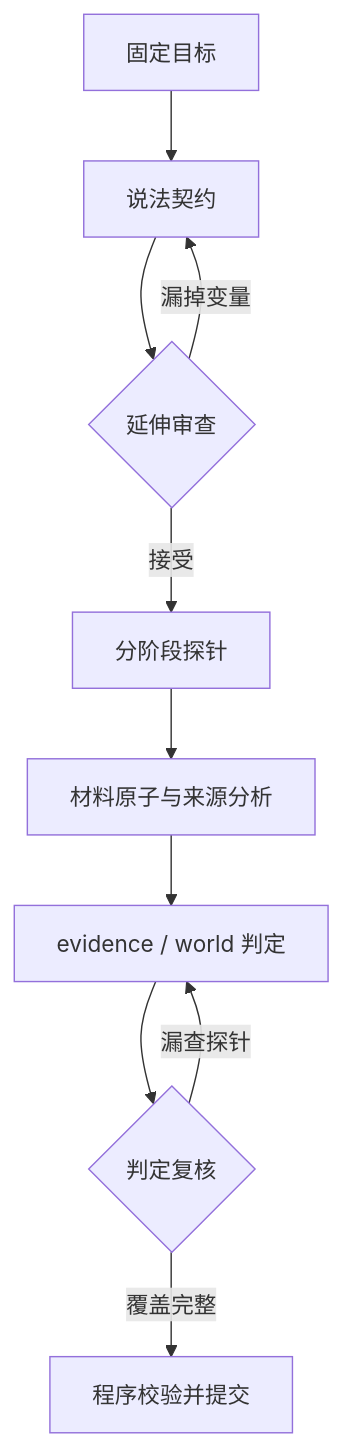
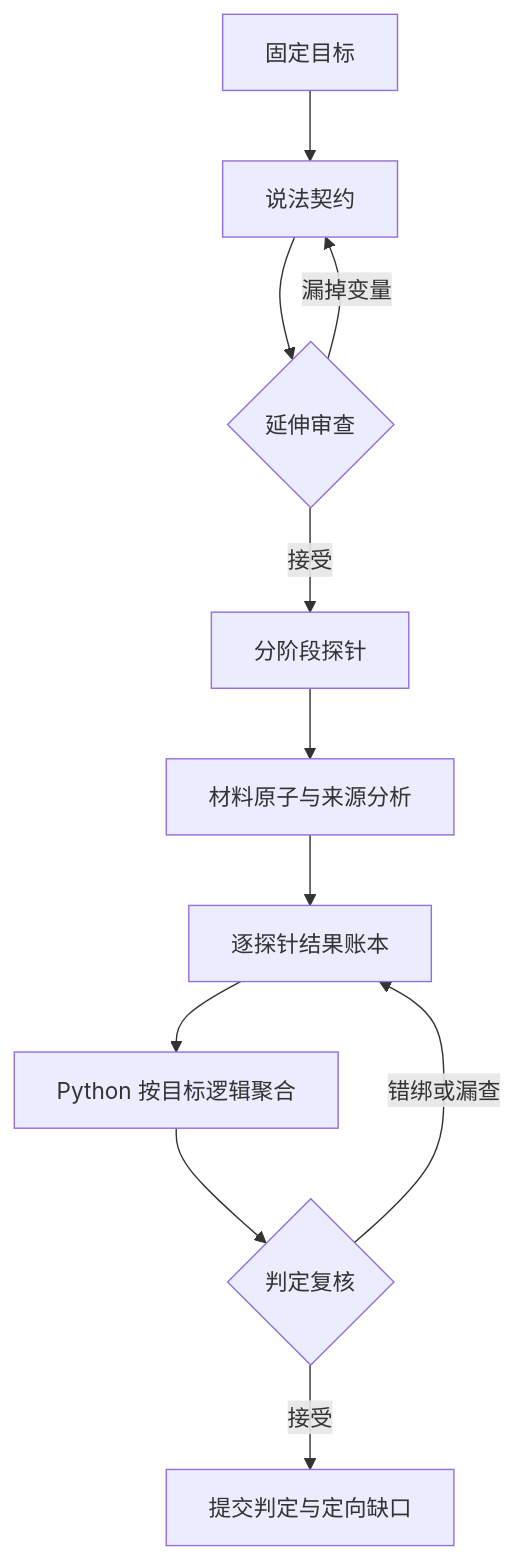
The diagram in docs/TARGET_EXTENSION.md (superwesleyhys-ux/accuracy-tracing-private-archive), drawn with Mermaid before and after one commit. The commit also changed other lines of this file and 15 other files, not shown here.

````diff
--- a/docs/TARGET_EXTENSION.md
+++ b/docs/TARGET_EXTENSION.md
@@ -5,12 +5,13 @@
 ```mermaid
 flowchart TD
     A["固定目标"] --> B["说法契约"]
     B --> C{"延伸审查"}
     C -->|"漏掉变量"| B
     C -->|"接受"| D["分阶段探针"]
     D --> E["材料原子与来源分析"]
-    E --> F["evidence / world 判定"]
-    F --> G{"判定复核"}
-    G -->|"漏查探针"| F
-    G -->|"覆盖完整"| H["程序校验并提交"]
+    E --> F["逐探针结果账本"]
+    F --> G["Python 按目标逻辑聚合"]
+    G --> H{"判定复核"}
+    H -->|"错绑或漏查"| F
+    H -->|"接受"| I["提交判定与定向缺口"]
 ```
````
